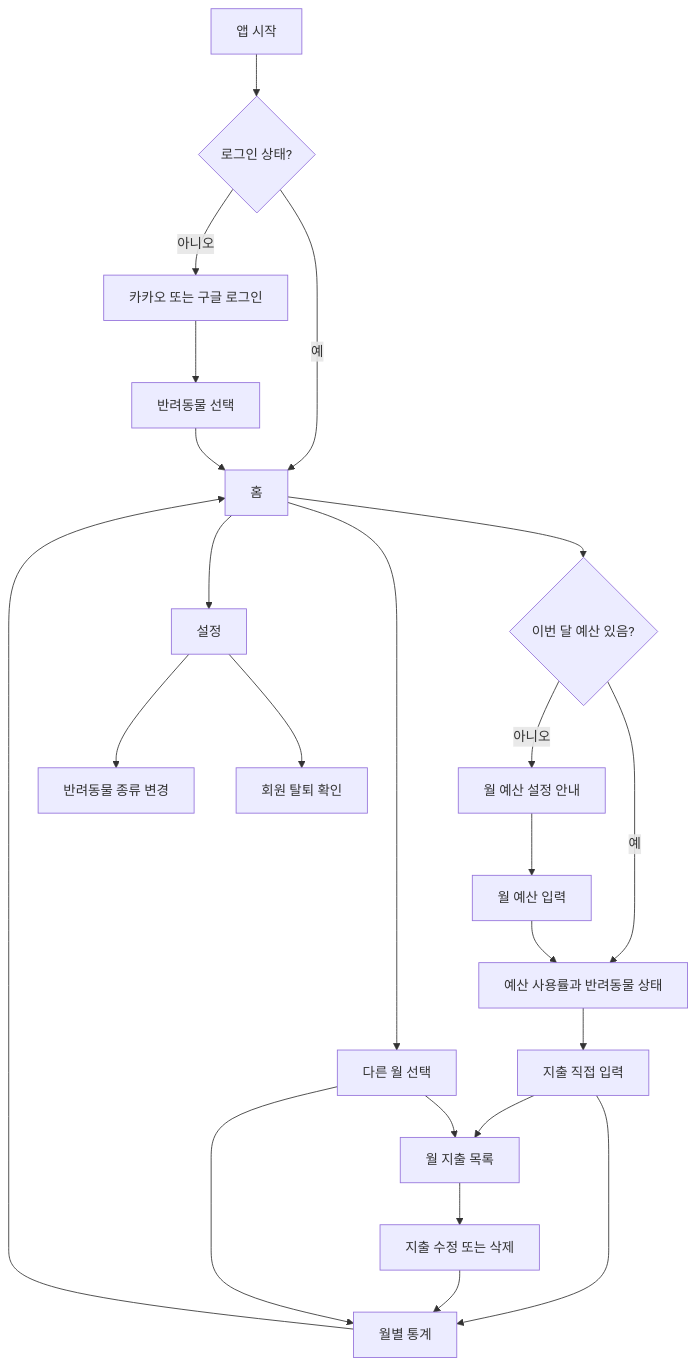
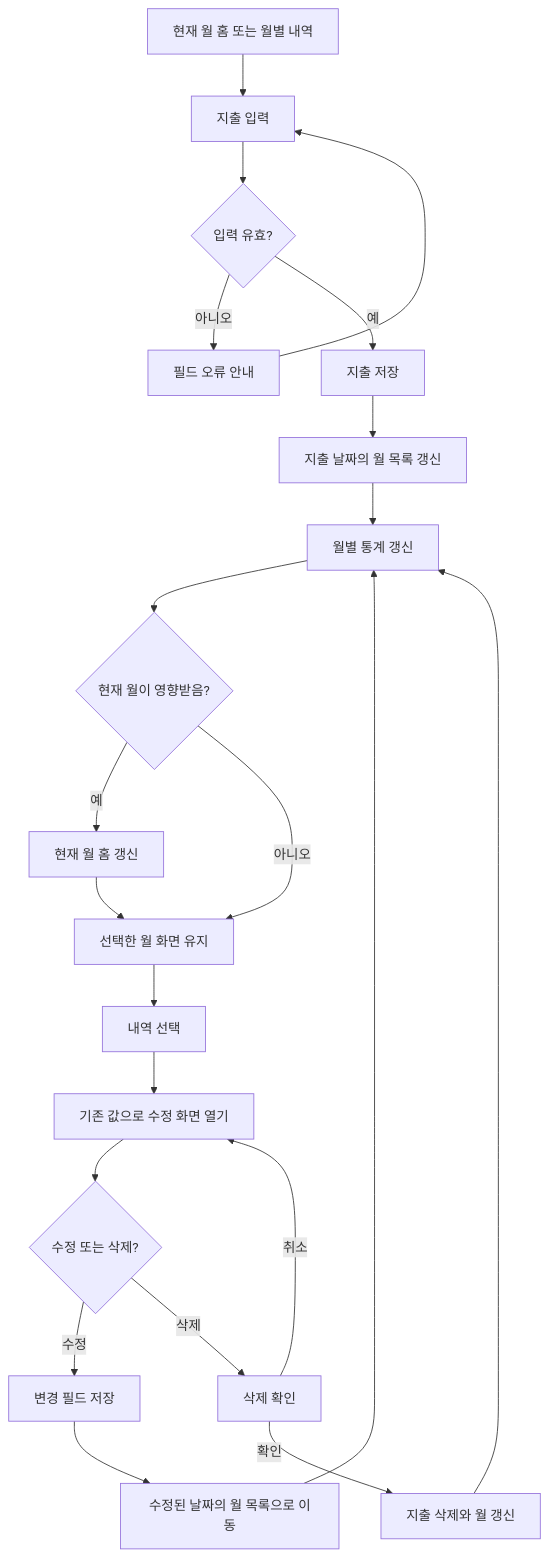
One commit to Altair5869/petgyebu_backend_renewal changed the second of 3 diagrams in docs/03-user-flow.md. Above: the diagram before and after it, drawn with Mermaid. The commit also changed other lines of this file and 17 other files, not shown here.

````diff
--- a/docs/03-user-flow.md
+++ b/docs/03-user-flow.md
@@ -8,25 +37,24 @@
 ```mermaid
 flowchart TD
-  A[앱 시작] --> B{로그인 상태?}
-  B -- 아니오 --> C[카카오 또는 구글 로그인]
-  C --> D[반려동물 선택]
-  B -- 예 --> E[홈]
-  D --> E
-  E --> F{이번 달 예산 있음?}
-  F -- 아니오 --> G[월 예산 설정 안내]
-  G --> H[월 예산 입력]
-  F -- 예 --> I[예산 사용률과 반려동물 상태]
-  H --> I
-  I --> J[지출 직접 입력]
-  J --> K[월 지출 목록]
-  K --> L[지출 수정 또는 삭제]
-  J --> M[월별 통계]
-  L --> M
-  M --> E
-  E --> N[다른 월 선택]
-  N --> K
-  N --> M
-  E --> O[설정]
-  O --> P[반려동물 종류 변경]
-  O --> Q[회원 탈퇴 확인]
+  A[현재 월 홈 또는 월별 내역] --> B[지출 입력]
+  B --> C{입력 유효?}
+  C -- 아니오 --> D[필드 오류 안내]
+  D --> B
+  C -- 예 --> E[지출 저장]
+  E --> F[지출 날짜의 월 목록 갱신]
+  F --> G[월별 통계 갱신]
+  G --> H{현재 월이 영향받음?}
+  H -- 예 --> I[현재 월 홈 갱신]
+  H -- 아니오 --> J[선택한 월 화면 유지]
+  I --> J
+  J --> K[내역 선택]
+  K --> L[기존 값으로 수정 화면 열기]
+  L --> M{수정 또는 삭제?}
+  M -- 수정 --> N[변경 필드 저장]
+  N --> O[수정된 날짜의 월 목록으로 이동]
+  M -- 삭제 --> P[삭제 확인]
+  P -- 취소 --> L
+  P -- 확인 --> Q[지출 삭제와 월 갱신]
+  O --> G
+  Q --> G
 ```
````
